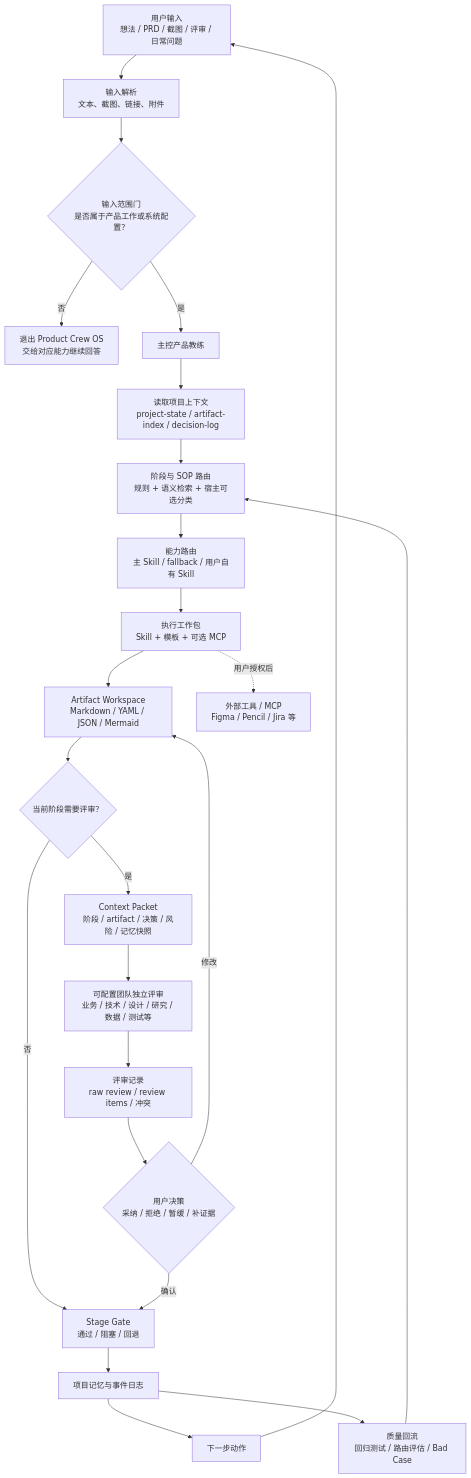
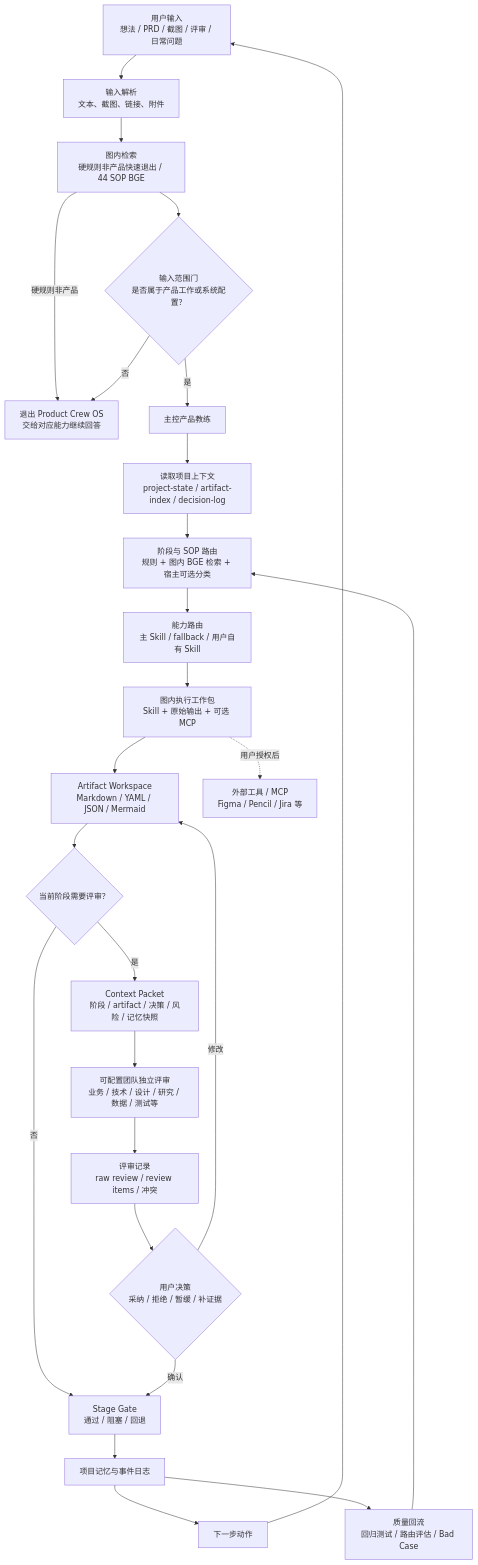
One commit to BreezeTong77/product-crew-os changed the first of 2 diagrams in README.md. Above: the diagram before and after it, drawn with Mermaid. The commit also changed other lines of this file and 29 other files, not shown here.

Commit message:
feat: harden graph-owned execution readiness

````diff
--- a/README.md
+++ b/README.md
@@ -52,30 +52,32 @@
 ```mermaid
 flowchart TB
   U["用户输入\n想法 / PRD / 截图 / 评审 / 日常问题"] --> PARSE["输入解析\n文本、截图、链接、附件"]
-  PARSE --> DG{"输入范围门\n是否属于产品工作或系统配置？"}
-  DG -- "否" --> EXIT["退出 Product Crew OS\n交给对应能力继续回答"]
+  PARSE --> RETRIEVE["图内检索\n硬规则非产品快速退出 / 44 SOP BGE"]
+  RETRIEVE --> DG{"输入范围门\n是否属于产品工作或系统配置？"}
+  RETRIEVE -- "硬规则非产品" --> EXIT["退出 Product Crew OS\n交给对应能力继续回答"]
+  DG -- "否" --> EXIT
   DG -- "是" --> COACH["主控产品教练"]
 
   COACH --> STATE["读取项目上下文\nproject-state / artifact-index / decision-log"]
-  STATE --> ROUTE["阶段与 SOP 路由\n规则 + 语义检索 + 宿主可选分类"]
+  STATE --> ROUTE["阶段与 SOP 路由\n规则 + 图内 BGE 检索 + 宿主可选分类"]
   ROUTE --> SKILL["能力路由\n主 Skill / fallback / 用户自有 Skill"]
-  SKILL --> WORK["执行工作包\nSkill + 模板 + 可选 MCP"]
+  SKILL --> WORK["图内执行工作包\nSkill + 原始输出 + 可选 MCP"]
   WORK --> ART["Artifact Workspace\nMarkdown / YAML / JSON / Mermaid"]
 
   ART --> REVIEW{"当前阶段需要评审？"}
   REVIEW -- "否" --> GATE["Stage Gate\n通过 / 阻塞 / 回退"]
   REVIEW -- "是" --> PACKET["Context Packet\n阶段 / artifact / 决策 / 风险 / 记忆快照"]
   PACKET --> CREW["可配置团队独立评审\n业务 / 技术 / 设计 / 研究 / 数据 / 测试等"]
   CREW --> RECORD["评审记录\nraw review / review items / 冲突"]
   RECORD --> USER{"用户决策\n采纳 / 拒绝 / 暂缓 / 补证据"}
   USER -- "修改" --> ART
   USER -- "确认" --> GATE
 
   GATE --> MEMORY["项目记忆与事件日志"]
   MEMORY --> NEXT["下一步动作"]
   NEXT --> U
 
   WORK -. "用户授权后" .-> MCP["外部工具 / MCP\nFigma / Pencil / Jira 等"]
   MEMORY --> EVAL["质量回流\n回归测试 / 路由评估 / Bad Case"]
   EVAL --> ROUTE
 ```
````
